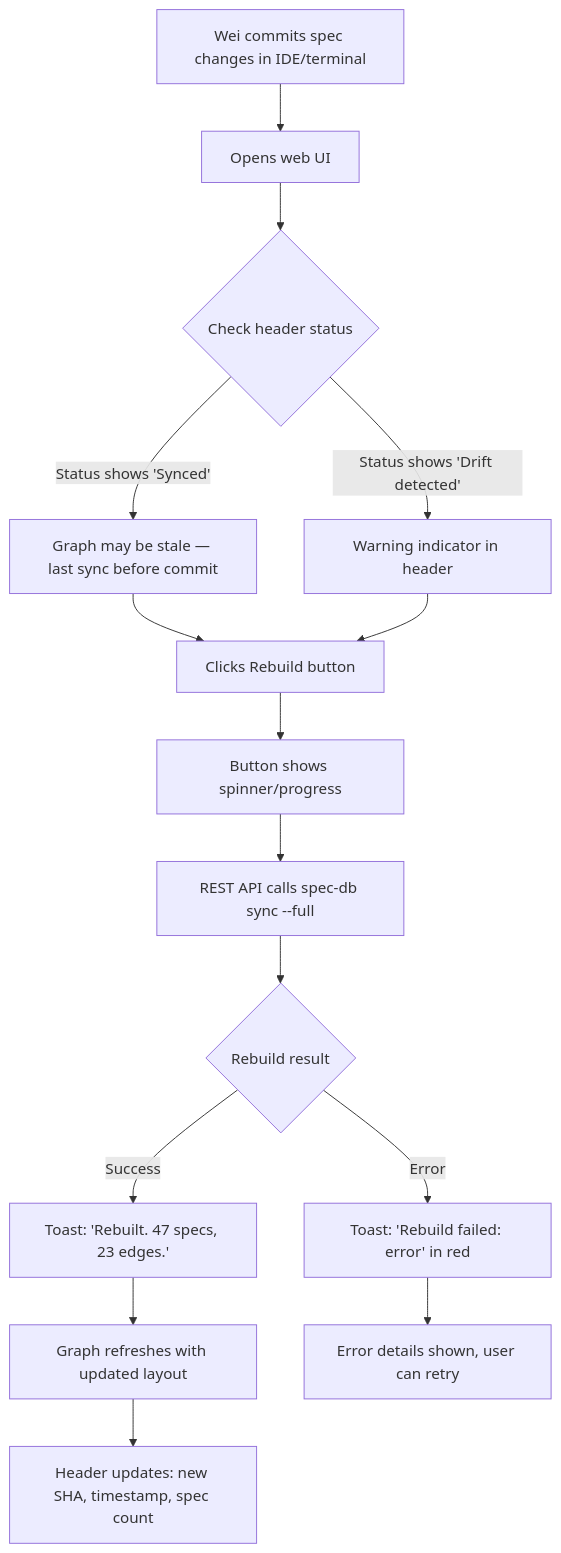
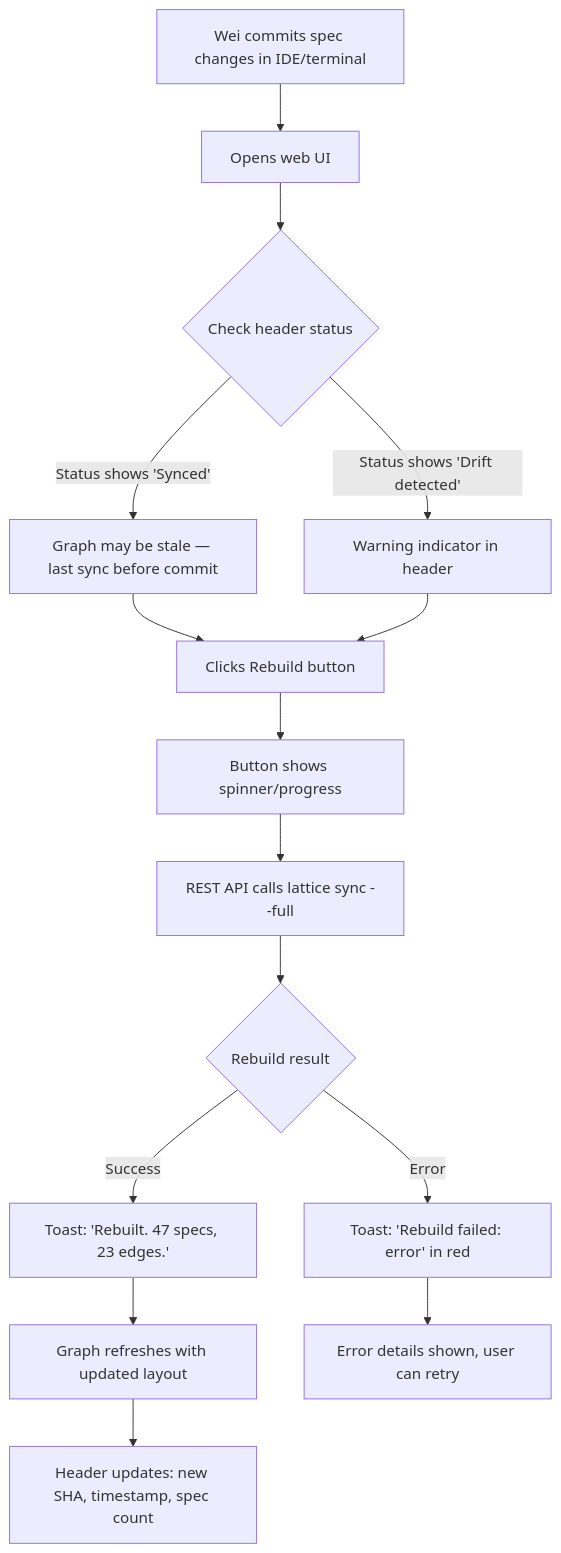
Before and after one commit to Jack-R-Hong/spec-db: the fourth of 4 diagrams in _bmad-output/planning-artifacts/ux-design-specification.md, drawn with Mermaid. The commit also changed other lines of this file and 49 other files, not shown here.

Commit message:
rename spec-db to lattice

````diff
--- a/_bmad-output/planning-artifacts/ux-design-specification.md
+++ b/_bmad-output/planning-artifacts/ux-design-specification.md
@@ -569,17 +569,17 @@
 ```mermaid
 flowchart TD
     A[Wei commits spec changes in IDE/terminal] --> B[Opens web UI]
     B --> C{Check header status}
     C -->|Status shows 'Synced'| D[Graph may be stale — last sync before commit]
     C -->|Status shows 'Drift detected'| E[Warning indicator in header]
     D --> F[Clicks Rebuild button]
     E --> F
     F --> G[Button shows spinner/progress]
-    G --> H[REST API calls spec-db sync --full]
+    G --> H[REST API calls lattice sync --full]
     H --> I{Rebuild result}
     I -->|Success| J[Toast: 'Rebuilt. 47 specs, 23 edges.']
     I -->|Error| K[Toast: 'Rebuild failed: error' in red]
     J --> L[Graph refreshes with updated layout]
     L --> M[Header updates: new SHA, timestamp, spec count]
     K --> N[Error details shown, user can retry]
 ```
````
